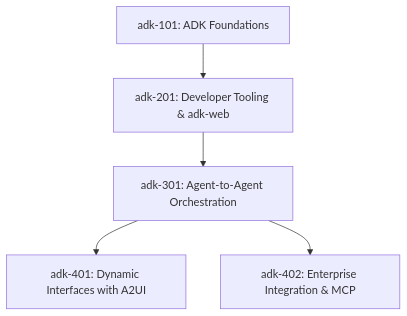
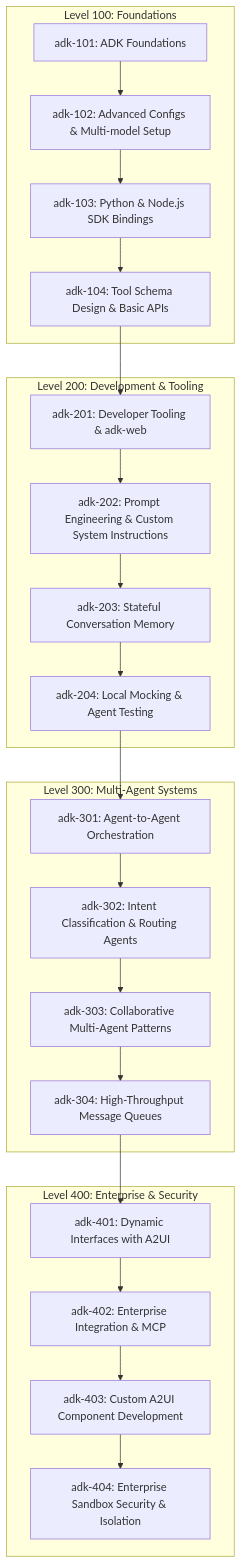
Before and after one commit to tridorian/course-catalog: the diagram in public/content/tracks/adk-development/planning_adk_track.md, drawn with Mermaid. The commit also changed other lines of this file and 90 other files, not shown here.

````diff
--- a/public/content/tracks/adk-development/planning_adk_track.md
+++ b/public/content/tracks/adk-development/planning_adk_track.md
@@ -20,7 +20,26 @@
 ```mermaid
 graph TD
-    adk101[adk-101: ADK Foundations] --> adk201[adk-201: Developer Tooling & adk-web]
-    adk201 --> adk301[adk-301: Agent-to-Agent Orchestration]
-    adk301 --> adk401[adk-401: Dynamic Interfaces with A2UI]
-    adk301 --> adk402[adk-402: Enterprise Integration & MCP]
+    subgraph Level 100: Foundations
+        adk101[adk-101: ADK Foundations] --> adk102[adk-102: Advanced Configs & Multi-model Setup]
+        adk102 --> adk103[adk-103: Python & Node.js SDK Bindings]
+        adk103 --> adk104[adk-104: Tool Schema Design & Basic APIs]
+    end
+    subgraph Level 200: Development & Tooling
+        adk104 --> adk201[adk-201: Developer Tooling & adk-web]
+        adk201 --> adk202[adk-202: Prompt Engineering & Custom System Instructions]
+        adk202 --> adk203[adk-203: Stateful Conversation Memory]
+        adk203 --> adk204[adk-204: Local Mocking & Agent Testing]
+    end
+    subgraph Level 300: Multi-Agent Systems
+        adk204 --> adk301[adk-301: Agent-to-Agent Orchestration]
+        adk301 --> adk302[adk-302: Intent Classification & Routing Agents]
+        adk302 --> adk303[adk-303: Collaborative Multi-Agent Patterns]
+        adk303 --> adk304[adk-304: High-Throughput Message Queues]
+    end
+    subgraph Level 400: Enterprise & Security
+        adk304 --> adk401[adk-401: Dynamic Interfaces with A2UI]
+        adk401 --> adk402[adk-402: Enterprise Integration & MCP]
+        adk402 --> adk403[adk-403: Custom A2UI Component Development]
+        adk403 --> adk404[adk-404: Enterprise Sandbox Security & Isolation]
+    end
 ```
````
